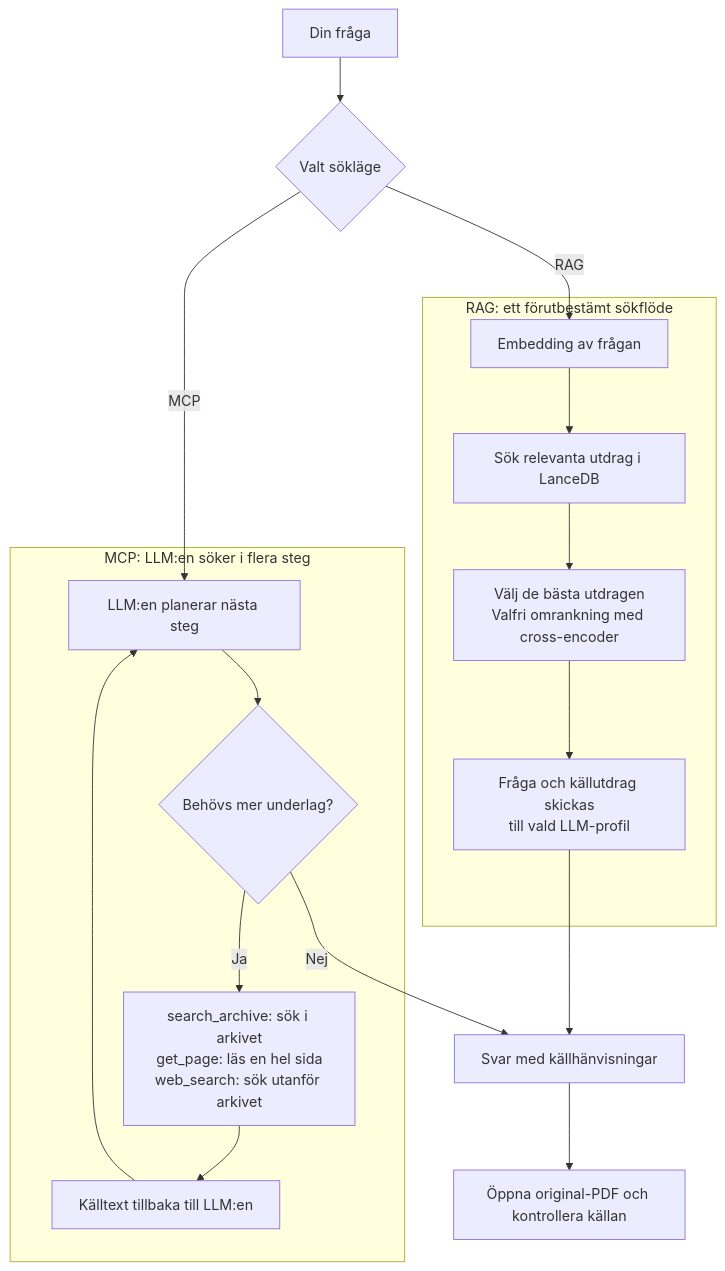
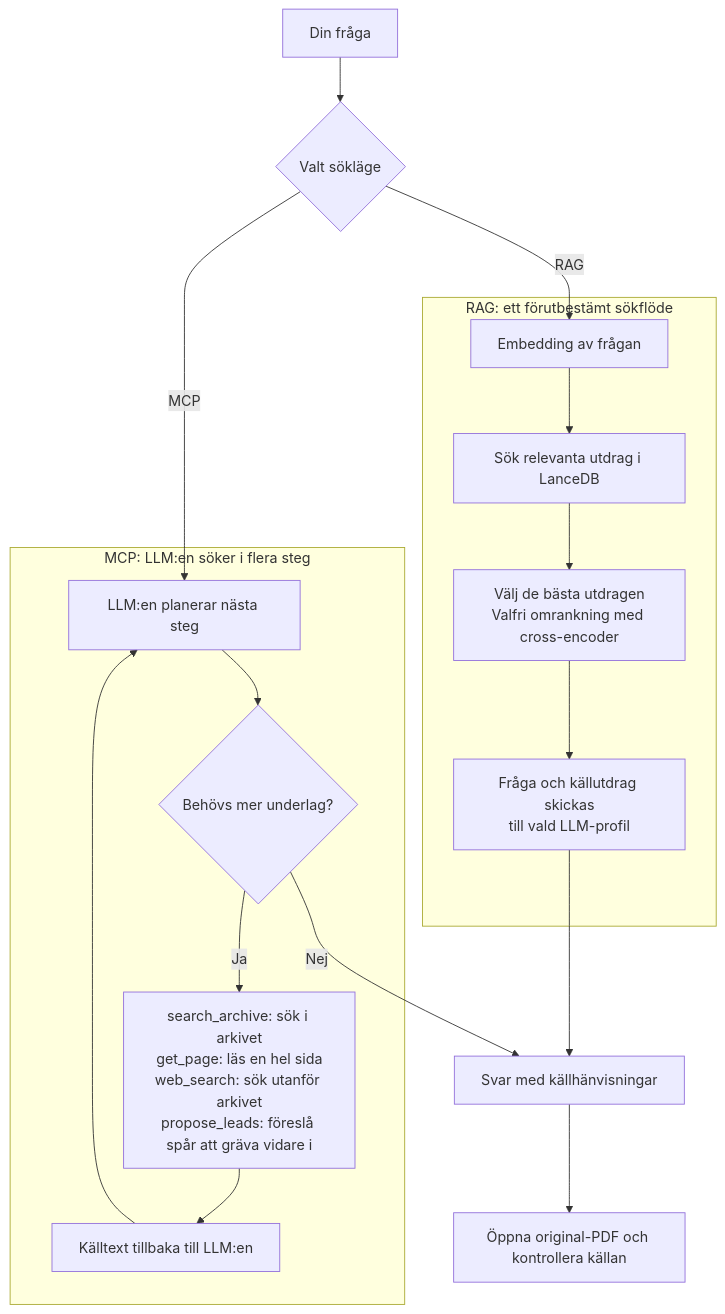
The second of 2 diagrams in docs/teknisk-referens.md (paddan/palmemordsarkivet), drawn with Mermaid before and after one commit. The commit also changed other lines of this file and 17 other files, not shown here.

````diff
--- a/docs/teknisk-referens.md
+++ b/docs/teknisk-referens.md
@@ -793,20 +793,20 @@
 ```mermaid
 flowchart TD
     Q["Din fråga"] --> Mode{"Valt sökläge"}
     subgraph RAG["RAG: ett förutbestämt sökflöde"]
         R1["Embedding av frågan"] --> R2["Sök relevanta utdrag i LanceDB"]
         R2 --> R3["Välj de bästa utdragen<br/>Valfri omrankning med cross-encoder"]
         R3 --> R4["Fråga och källutdrag skickas<br/>till vald LLM-profil"]
     end
     subgraph MCP["MCP: LLM:en söker i flera steg"]
         M1["LLM:en planerar nästa steg"] --> M2{"Behövs mer underlag?"}
-        M2 -->|Ja| M3["search_archive: sök i arkivet<br/>get_page: läs en hel sida<br/>web_search: sök utanför arkivet"]
+        M2 -->|Ja| M3["search_archive: sök i arkivet<br/>get_page: läs en hel sida<br/>web_search: sök utanför arkivet<br/>propose_leads: föreslå spår att gräva vidare i"]
         M3 --> M4["Källtext tillbaka till LLM:en"]
         M4 --> M1
     end
     Mode -->|RAG| R1
     Mode -->|MCP| M1
     R4 --> A["Svar med källhänvisningar"]
     M2 -->|Nej| A
     A --> P["Öppna original-PDF och kontrollera källan"]
 ```
````
